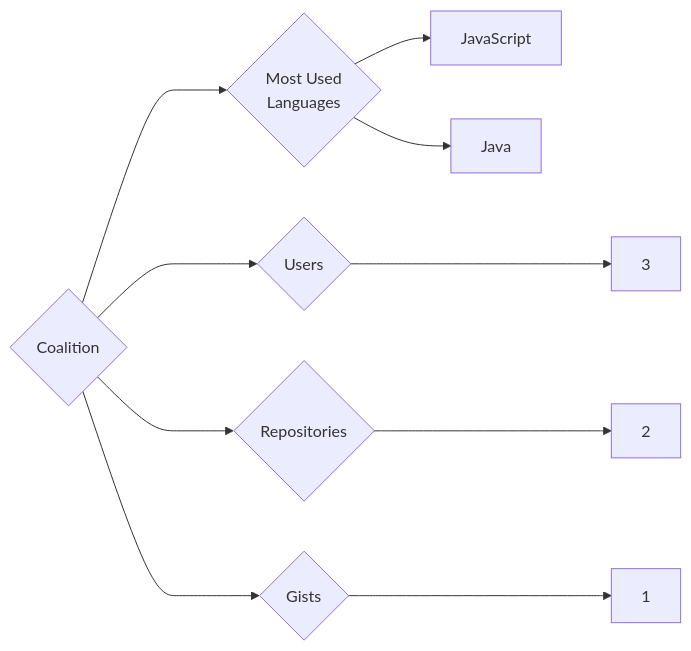
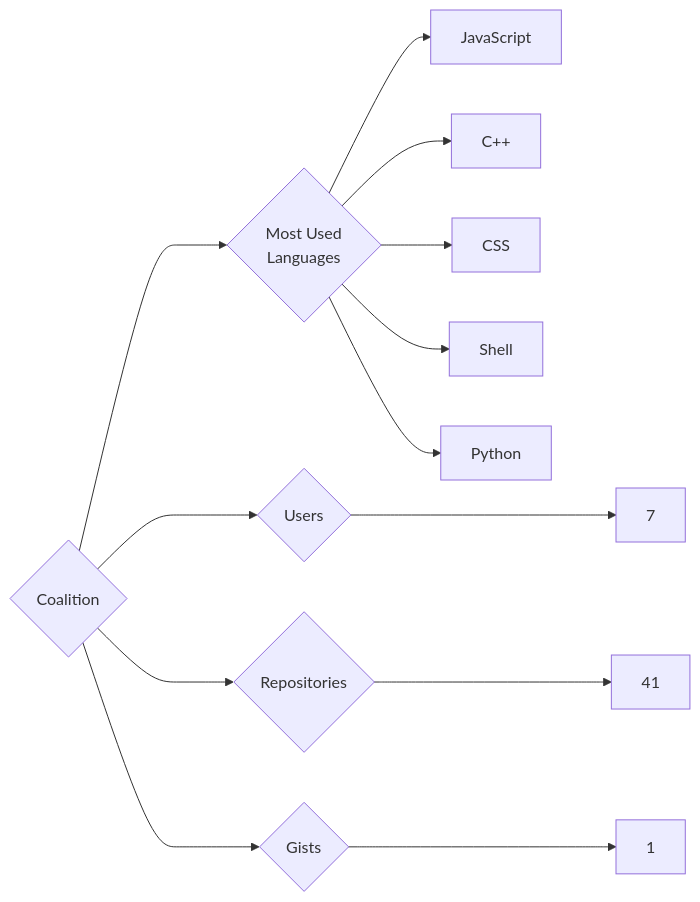
One commit to trickest/insiders changed the diagram in targets/Coalition/README.md. Above: the diagram before and after it, drawn with Mermaid. The commit also changed 874 other files, not shown here.

````diff
--- a/targets/Coalition/README.md
+++ b/targets/Coalition/README.md
@@ -3,10 +3,13 @@
 ```mermaid
 graph LR
 COMPANY_NAME{Coalition}
-COMPANY_NAME ---> U{Users} ---> UN[3]
-COMPANY_NAME ---> R{Repositories} ---> RN[2]
+COMPANY_NAME ---> U{Users} ---> UN[7]
+COMPANY_NAME ---> R{Repositories} ---> RN[41]
 COMPANY_NAME ---> G{Gists} ---> GN[1]
 COMPANY_NAME ---> ML{Most Used<br>Languages}
 ML --> JavaScript[JavaScript]
-ML --> Java[Java]
+ML --> C++[C++]
+ML --> CSS[CSS]
+ML --> Shell[Shell]
+ML --> Python[Python]
 ```
````
